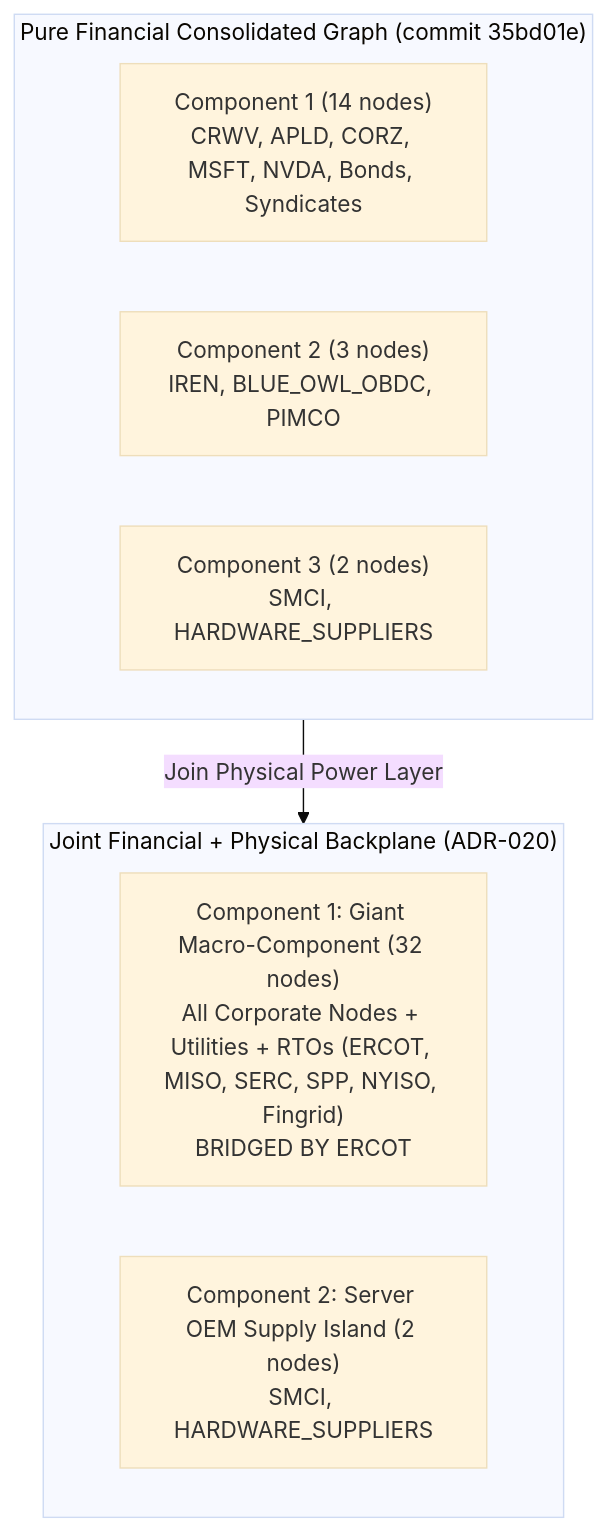
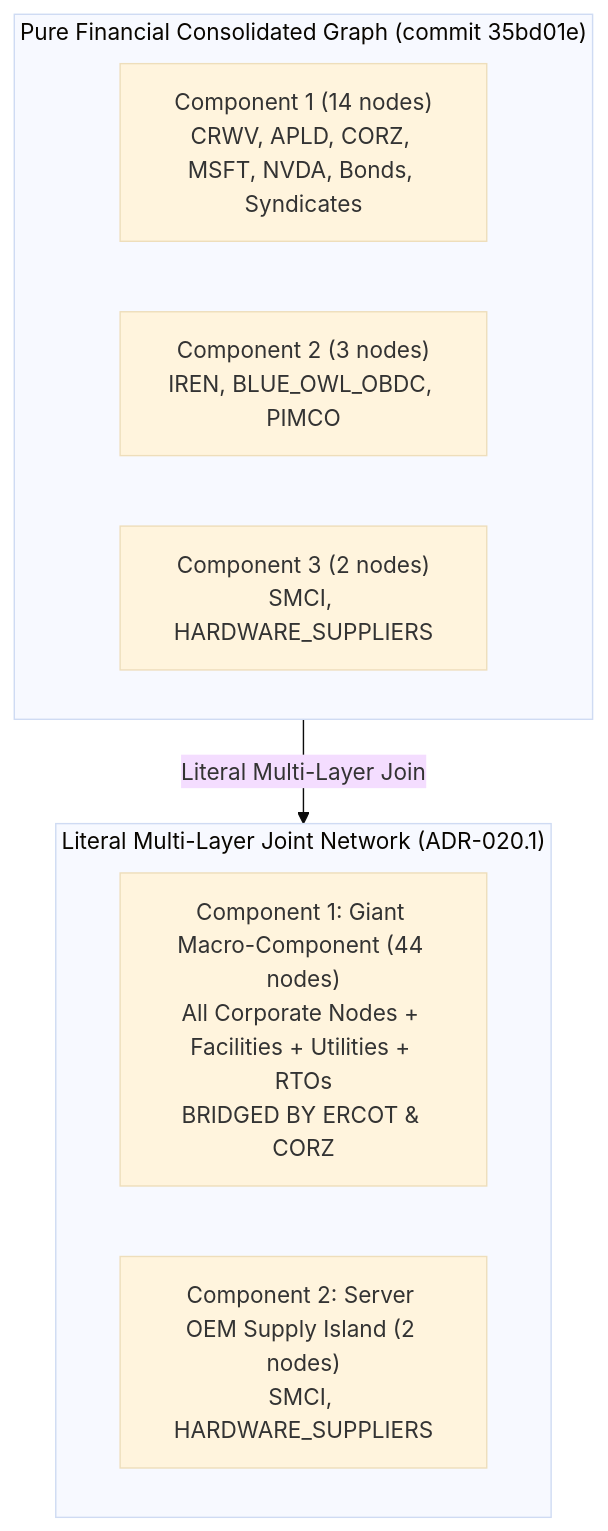
The diagram in 2026/2026-09-28-ai-infrastructure-network/docs/phase1_power_sprint.md (admiralorbiter/computational-sketchbook), drawn with Mermaid (base theme) before and after one commit. The commit also changed other lines of this file and 31 other files, not shown here.

Commit message:
feat(power): certify ADR-020.1 facility-first topology and power measurement hardening

````diff
--- a/2026/2026-09-28-ai-infrastructure-network/docs/phase1_power_sprint.md
+++ b/2026/2026-09-28-ai-infrastructure-network/docs/phase1_power_sprint.md
@@ -138,15 +134,15 @@
 ```mermaid
 flowchart TD
     subgraph PureFinancial["Pure Financial Consolidated Graph (commit 35bd01e)"]
         C1["Component 1 (14 nodes)<br>CRWV, APLD, CORZ, MSFT, NVDA, Bonds, Syndicates"]
         C2["Component 2 (3 nodes)<br>IREN, BLUE_OWL_OBDC, PIMCO"]
         C3["Component 3 (2 nodes)<br>SMCI, HARDWARE_SUPPLIERS"]
     end
 
-    subgraph JointPhysical["Joint Financial + Physical Backplane (ADR-020)"]
-        J1["Component 1: Giant Macro-Component (32 nodes)<br>All Corporate Nodes + Utilities + RTOs (ERCOT, MISO, SERC, SPP, NYISO, Fingrid)<br>BRIDGED BY ERCOT"]
+    subgraph LiteralJointPhysical["Literal Multi-Layer Joint Network (ADR-020.1)"]
+        J1["Component 1: Giant Macro-Component (44 nodes)<br>All Corporate Nodes + Facilities + Utilities + RTOs<br>BRIDGED BY ERCOT & CORZ"]
         J2["Component 2: Server OEM Supply Island (2 nodes)<br>SMCI, HARDWARE_SUPPLIERS"]
     end
 
-    PureFinancial -->|Join Physical Power Layer| JointPhysical
+    PureFinancial -->|Literal Multi-Layer Join| LiteralJointPhysical
 ```
````
